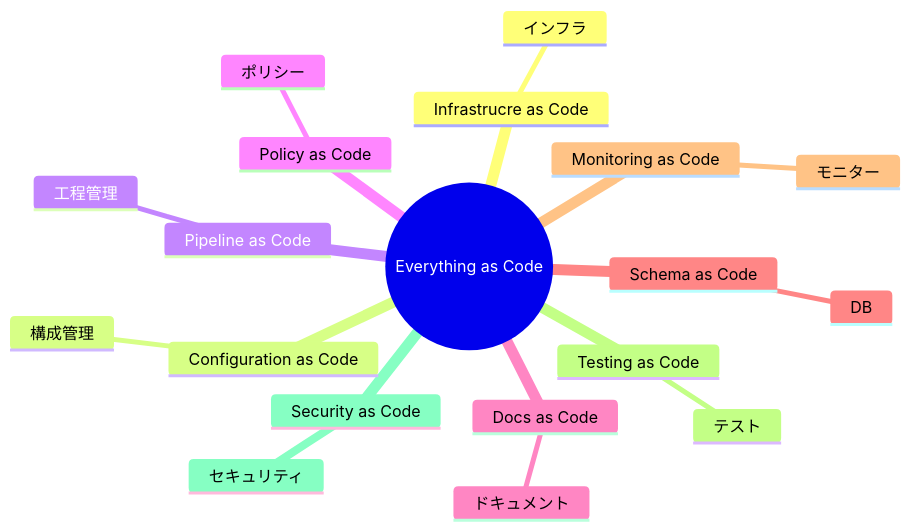
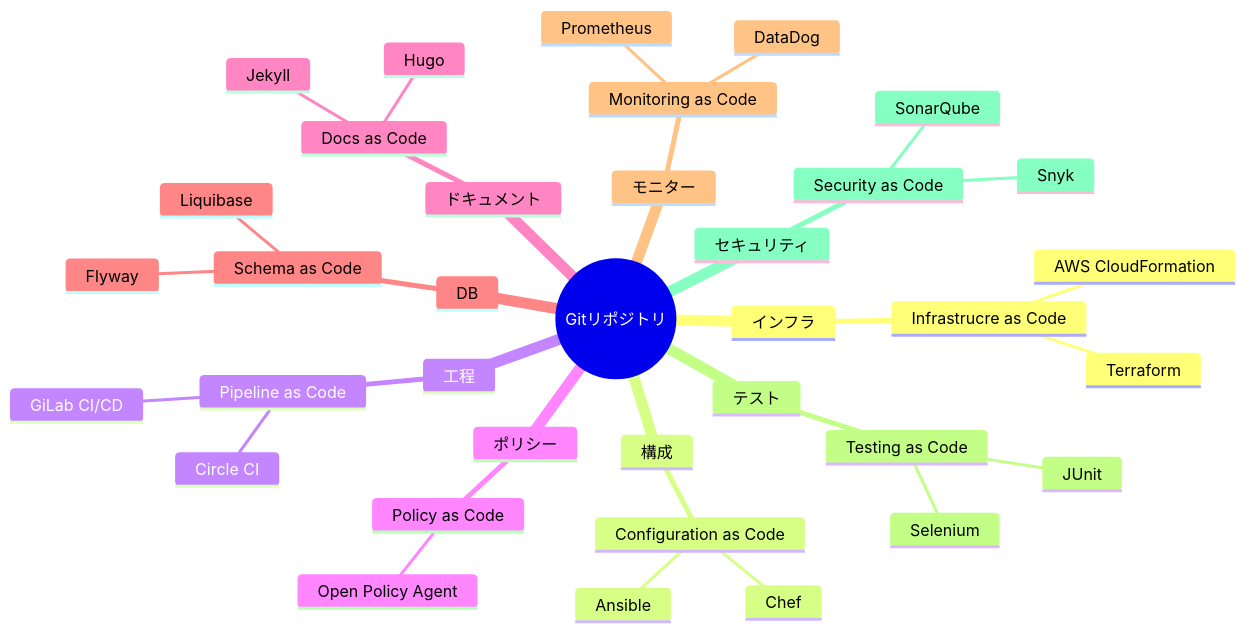
One commit to gongyong/docs changed the second of 4 diagrams in pages/gitlab_philosophy/devops_level_assessment.mdx. Above: the diagram before and after it, drawn with Mermaid. The commit also changed other lines of this file, not shown here.

Commit message:
Everything as Codeのエコシステム

````diff
--- a/pages/gitlab_philosophy/devops_level_assessment.mdx
+++ b/pages/gitlab_philosophy/devops_level_assessment.mdx
@@ -156,22 +158,39 @@
 ```mermaid
 mindmap
-  root((Everything as Code))
-    Infrastrucre as Code
-        インフラ
-    Configuration as Code
-        構成管理
-    Pipeline as Code
-        工程管理
-    Policy as Code
-        ポリシー
-    Docs as Code
-        ドキュメント
-    Schema as Code
-        DB
-    Monitoring as Code
-        モニター
-    Testing as Code
-        テスト
-　  Security as Code 
-        セキュリティ
+  root((Gitリポジトリ))
+    インフラ
+        Infrastrucre as Code
+            Terraform
+            AWS CloudFormation
+    構成 
+        Configuration as Code
+            Ansible
+            Chef
+    工程
+        Pipeline as Code
+            GiLab CI/CD
+            Circle CI
+    ポリシー
+        Policy as Code
+            Open Policy Agent
+    ドキュメント
+        Docs as Code
+            Jekyll
+            Hugo
+    DB
+        Schema as Code
+            Liquibase
+            Flyway
+    モニター
+        Monitoring as Code
+            Prometheus
+            DataDog
+    テスト
+        Testing as Code
+            JUnit
+            Selenium
+    セキュリティ
+　      Security as Code
+            SonarQube
+            Snyk
 ```
````
